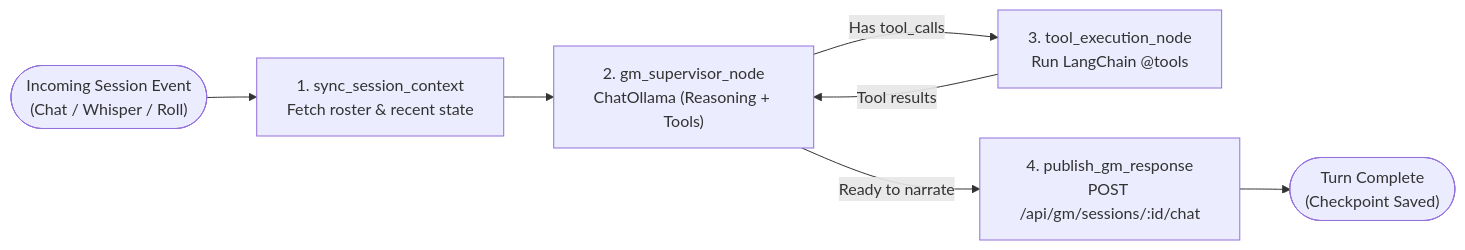
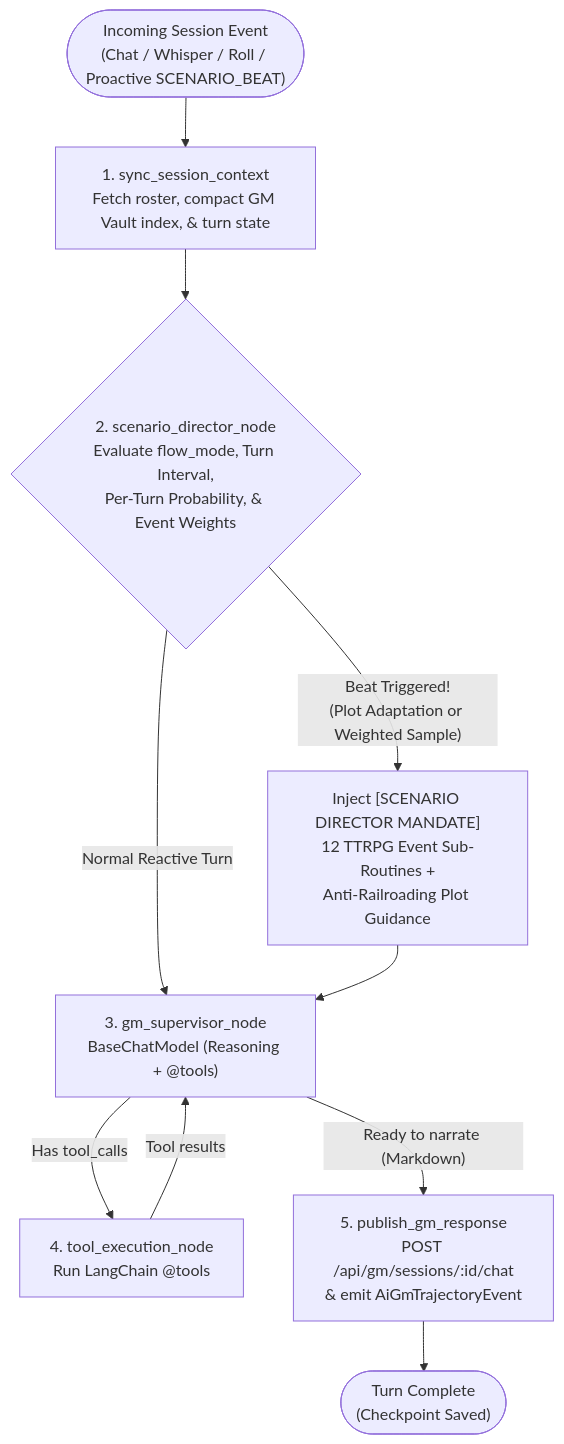
Before and after one commit to rarebreed/satya: the second of 3 diagrams in docs/technical/ai-gm-agent-design.md, drawn with Mermaid. The commit also changed other lines of this file and 19 other files, not shown here.

First line of the commit message:
Add Markdown session chat and LangGraph Scenario Director with pacing dials

````diff
--- a/docs/technical/ai-gm-agent-design.md
+++ b/docs/technical/ai-gm-agent-design.md
@@ -159,9 +165,12 @@
 ```mermaid
-flowchart LR
-    Start(["Incoming Session Event\n(Chat / Whisper / Roll)"]) --> ContextNode["1. sync_session_context\nFetch roster & recent state"]
-    ContextNode --> RouterNode["2. gm_supervisor_node\nChatOllama (Reasoning + Tools)"]
-    RouterNode -->|"Has tool_calls"| ToolNode["3. tool_execution_node\nRun LangChain @tools"]
-    ToolNode -->|"Tool results"| RouterNode
-    RouterNode -->|"Ready to narrate"| PublishNode["4. publish_gm_response\nPOST /api/gm/sessions/:id/chat"]
+flowchart TD
+    Start(["Incoming Session Event\n(Chat / Whisper / Roll / Proactive SCENARIO_BEAT)"]) --> ContextNode["1. sync_session_context\nFetch roster, compact GM Vault index, & turn state"]
+    ContextNode --> DirectorNode{"2. scenario_director_node\nEvaluate flow_mode, Turn Interval,\nPer-Turn Probability, & Event Weights"}
+    DirectorNode -->|"Normal Reactive Turn"| SupervisorNode["3. gm_supervisor_node\nBaseChatModel (Reasoning + @tools)"]
+    DirectorNode -->|"Beat Triggered!\n(Plot Adaptation or Weighted Sample)"| Mandate["Inject [SCENARIO DIRECTOR MANDATE]\n12 TTRPG Event Sub-Routines +\nAnti-Railroading Plot Guidance"]
+    Mandate --> SupervisorNode
+    SupervisorNode -->|"Has tool_calls"| ToolNode["4. tool_execution_node\nRun LangChain @tools"]
+    ToolNode -->|"Tool results"| SupervisorNode
+    SupervisorNode -->|"Ready to narrate (Markdown)"| PublishNode["5. publish_gm_response\nPOST /api/gm/sessions/:id/chat\n& emit AiGmTrajectoryEvent"]
     PublishNode --> End(["Turn Complete\n(Checkpoint Saved)"])
 ```
````
